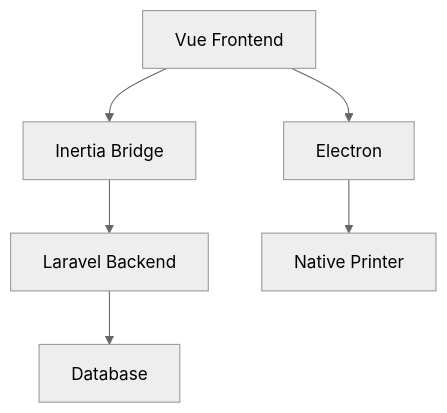
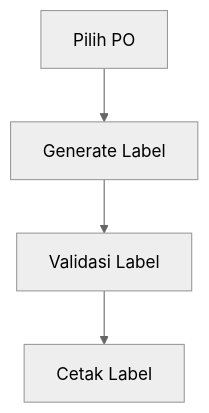
Before and after one commit to ZulfikarHD/Labeling-Automation: the diagram in DEVELOPER.md, drawn with Mermaid (neutral theme). The commit also changed other lines of this file, not shown here.

````diff
--- a/DEVELOPER.md
+++ b/DEVELOPER.md
@@ -19,8 +96,6 @@
-```mermaid
-graph TD
-    A[Vue Frontend] --> B[Inertia Bridge]
-    B --> C[Laravel Backend]
-    C --> D[Database]
-    A --> E[Electron]
-    E --> F[Native Printer]
-```
+   ```mermaid
+   graph TD
+   A[Pilih PO] --> B[Generate Label]
+   B --> C[Validasi Label]
+   C --> D[Cetak Label]
+   ```
````
